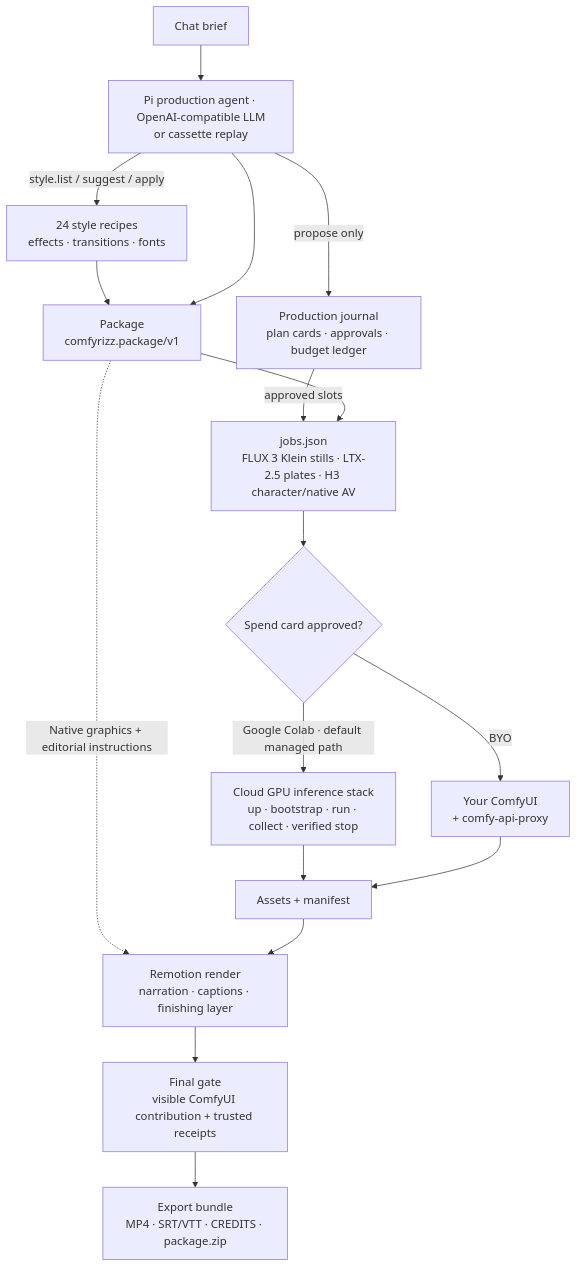
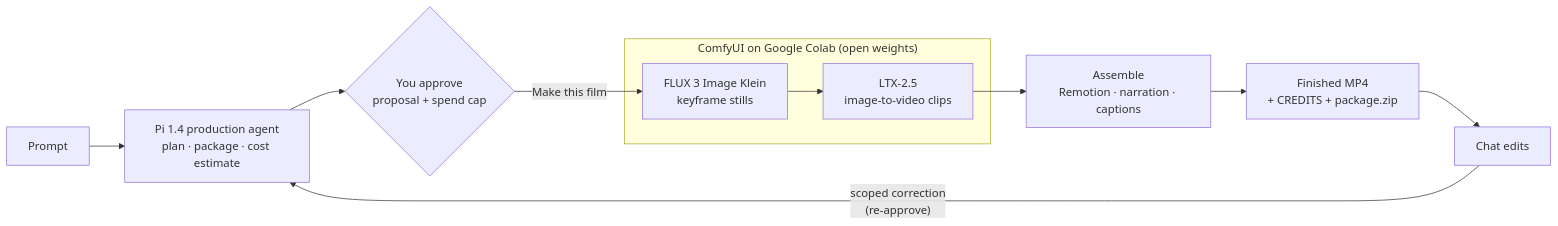
Before and after one commit to mojomast/comfyrizz: the diagram in README.md, drawn with Mermaid. The commit also changed other lines of this file and 103 other files, not shown here.

First line of the commit message:
Submission demo video draft (Mira's Light) + assets (#64)

````diff
--- a/README.md
+++ b/README.md
@@ -284,19 +66,13 @@
 ```mermaid
-flowchart TD
-    A["Chat brief"] --> B["Pi production agent · OpenAI-compatible LLM<br/>or cassette replay"]
-    B -->|style.list / suggest / apply| R["24 style recipes<br/>effects · transitions · fonts"]
-    R --> C
-    B --> C["Package<br/>comfyrizz.package/v1"]
-    B -->|"propose only"| P["Production journal<br/>plan cards · approvals · budget ledger"]
-    P -->|"approved slots"| D
-    C --> D["jobs.json<br/>FLUX 3 Klein stills · LTX-2.5 plates · H3 character/native AV"]
-    D --> S{"Spend card approved?"}
-    S -->|"Google Colab · default managed path"| E["Cloud GPU inference stack<br/>up · bootstrap · run · collect · verified stop"]
-    S -->|BYO| F["Your ComfyUI<br/>+ comfy-api-proxy"]
-    E --> G["Assets + manifest"]
-    F --> G
-    C -.->|"Native graphics + editorial instructions"| H
-    G --> H["Remotion render<br/>narration · captions · finishing layer"]
-    H --> V["Final gate<br/>visible ComfyUI contribution + trusted receipts"]
-    V --> I["Export bundle<br/>MP4 · SRT/VTT · CREDITS · package.zip"]
+flowchart LR
+    A["Prompt"] --> B["Pi 1.4 production agent<br/>plan · package · cost estimate"]
+    B --> C{"You approve<br/>proposal + spend cap"}
+    C -->|Make this film| K
+    subgraph COLAB["ComfyUI on Google Colab (open weights)"]
+      K["FLUX 3 Image Klein<br/>keyframe stills"] --> L["LTX-2.5<br/>image-to-video clips"]
+    end
+    L --> E["Assemble<br/>Remotion · narration · captions"]
+    E --> F["Finished MP4<br/>+ CREDITS + package.zip"]
+    F --> G["Chat edits"]
+    G -->|"scoped correction<br/>(re-approve)"| B
 ```
````
